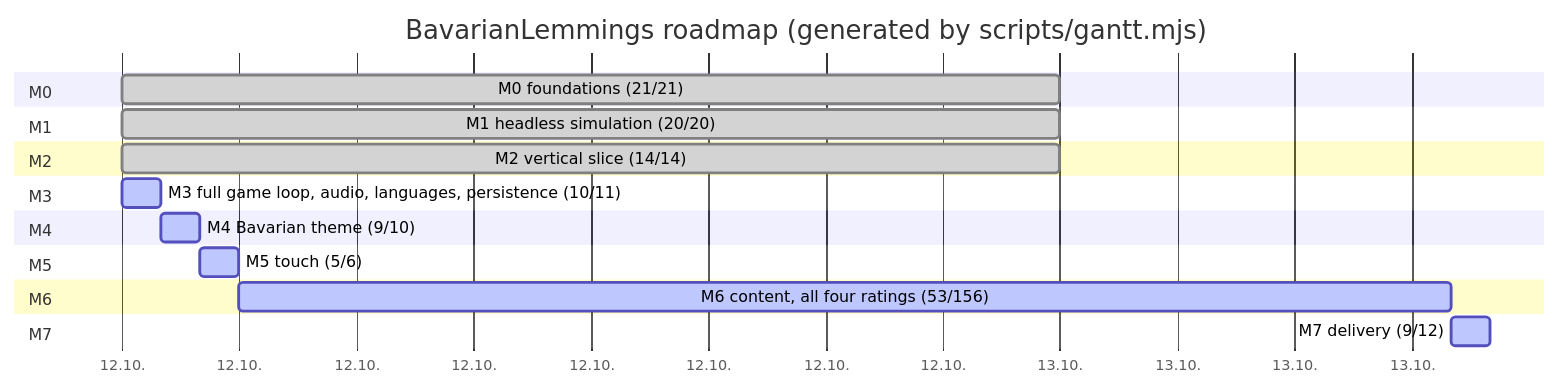
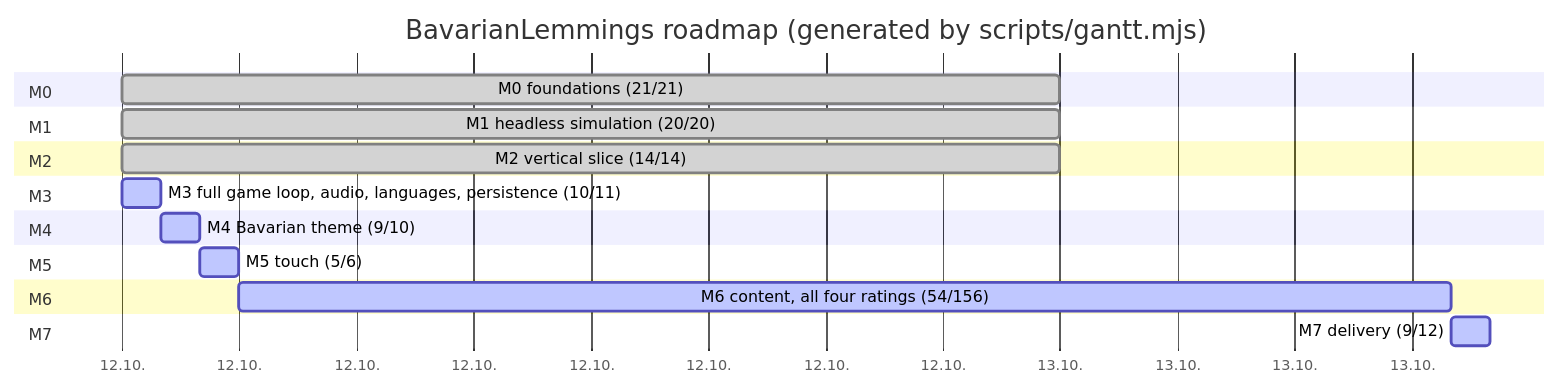
The diagram in plan.md (marcelpetrick/BavarianLemmings), drawn with Mermaid before and after one commit. The commit also changed other lines of this file and 4 other files, not shown here.

````diff
--- a/plan.md
+++ b/plan.md
@@ -43,22 +43,22 @@
 ```mermaid
 gantt
     title BavarianLemmings roadmap (generated by scripts/gantt.mjs)
     dateFormat  YYYY-MM-DD
     axisFormat  %d.%m.
     section M0
     M0 foundations (21/21) :done, m0, 2026-10-12, 1d
     section M1
     M1 headless simulation (20/20) :done, m1, 2026-10-12, 1d
     section M2
     M2 vertical slice (14/14) :done, m2, 2026-10-12, 1d
     section M3
     M3 full game loop, audio, languages, persistence (10/11) :active, m3, 2026-10-12, 1h
     section M4
     M4 Bavarian theme (9/10) :active, m4, after m3, 1h
     section M5
     M5 touch (5/6) :active, m5, after m4, 1h
     section M6
-    M6 content, all four ratings (53/156) :active, m6, after m5, 31h
+    M6 content, all four ratings (54/156) :active, m6, after m5, 31h
     section M7
     M7 delivery (9/12) :active, m7, after m6, 1h
 ```
````
